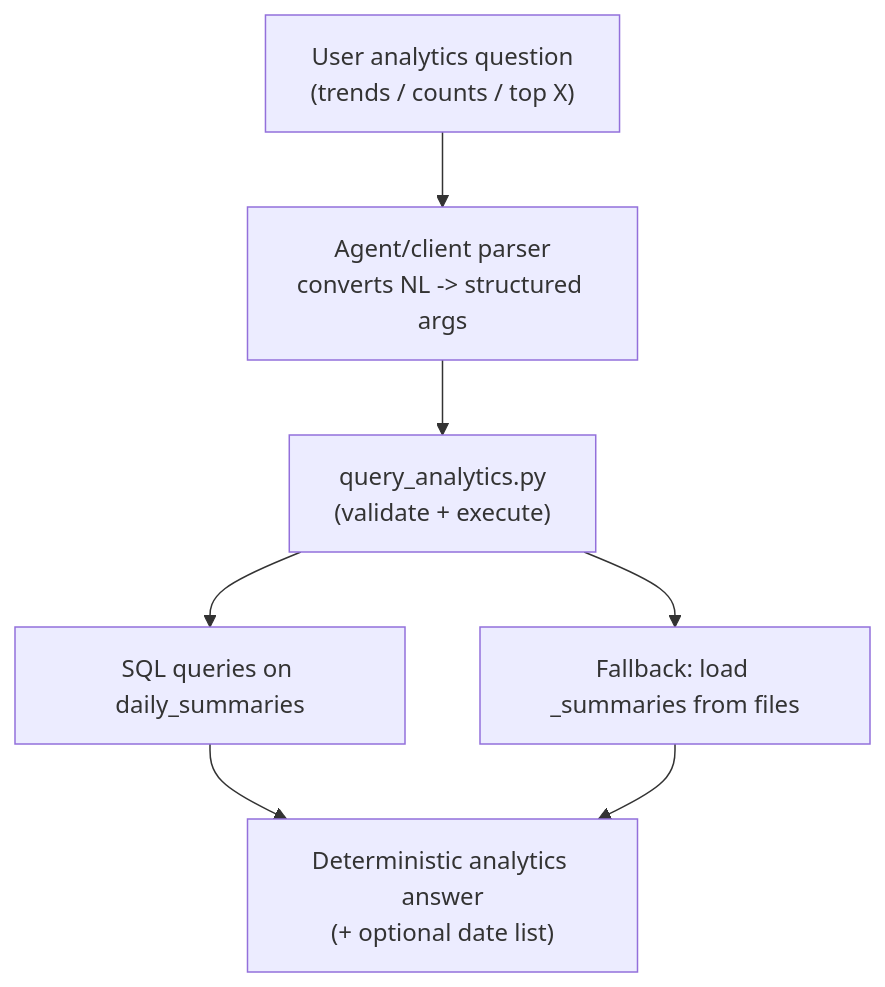
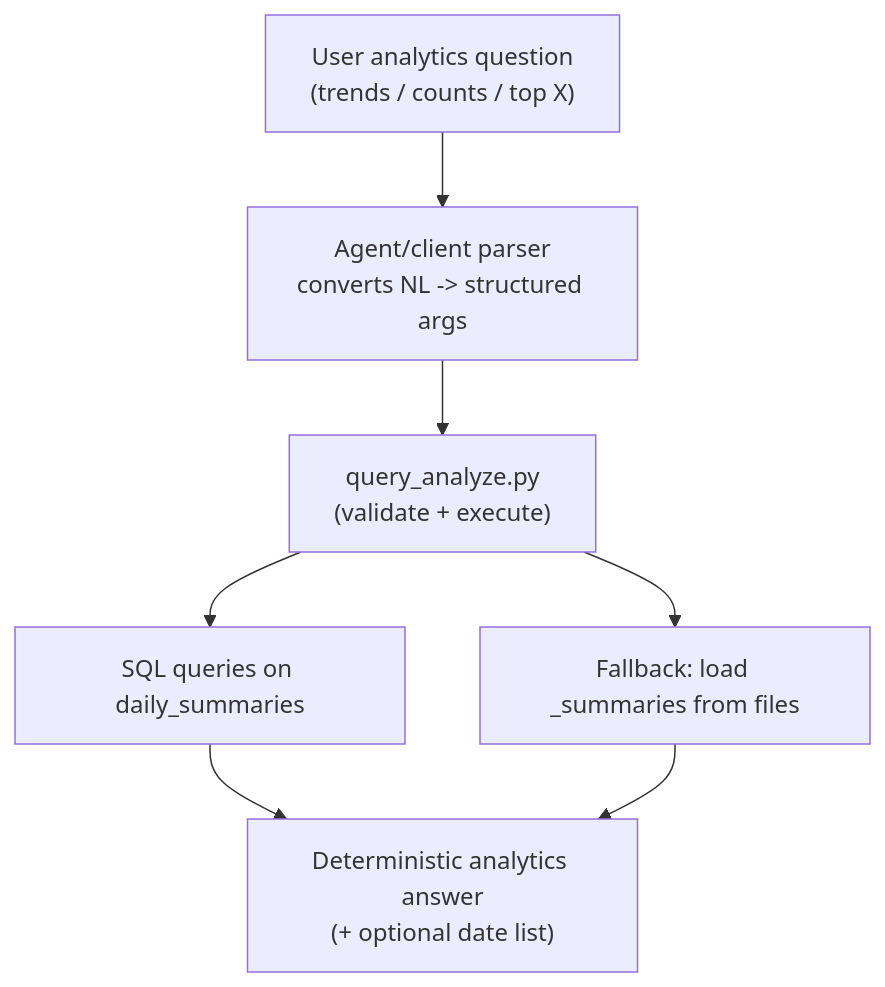
Before and after one commit to nouverse-tech/nouva-mcp-server: the fifth of 5 diagrams in src/skills/memory_engine/ARCHITECTURE.md, drawn with Mermaid. The commit also changed other lines of this file and 6 other files, not shown here.

First line of the commit message:
Rename memory_analytics tool to memory_analyze

````diff
--- a/src/skills/memory_engine/ARCHITECTURE.md
+++ b/src/skills/memory_engine/ARCHITECTURE.md
@@ -258,9 +258,9 @@
 ```mermaid
 flowchart TD
   U["User analytics question\n(trends / counts / top X)"] --> AGENT["Agent/client parser\nconverts NL -> structured args"]
-  AGENT --> QA["query_analytics.py\n(validate + execute)"]
+  AGENT --> QA["query_analyze.py\n(validate + execute)"]
   QA --> SQL["SQL queries on daily_summaries"]
   SQL --> OUT["Deterministic analytics answer\n(+ optional date list)"]
   QA --> FB["Fallback: load _summaries from files"]
   FB --> OUT
 ```
````
